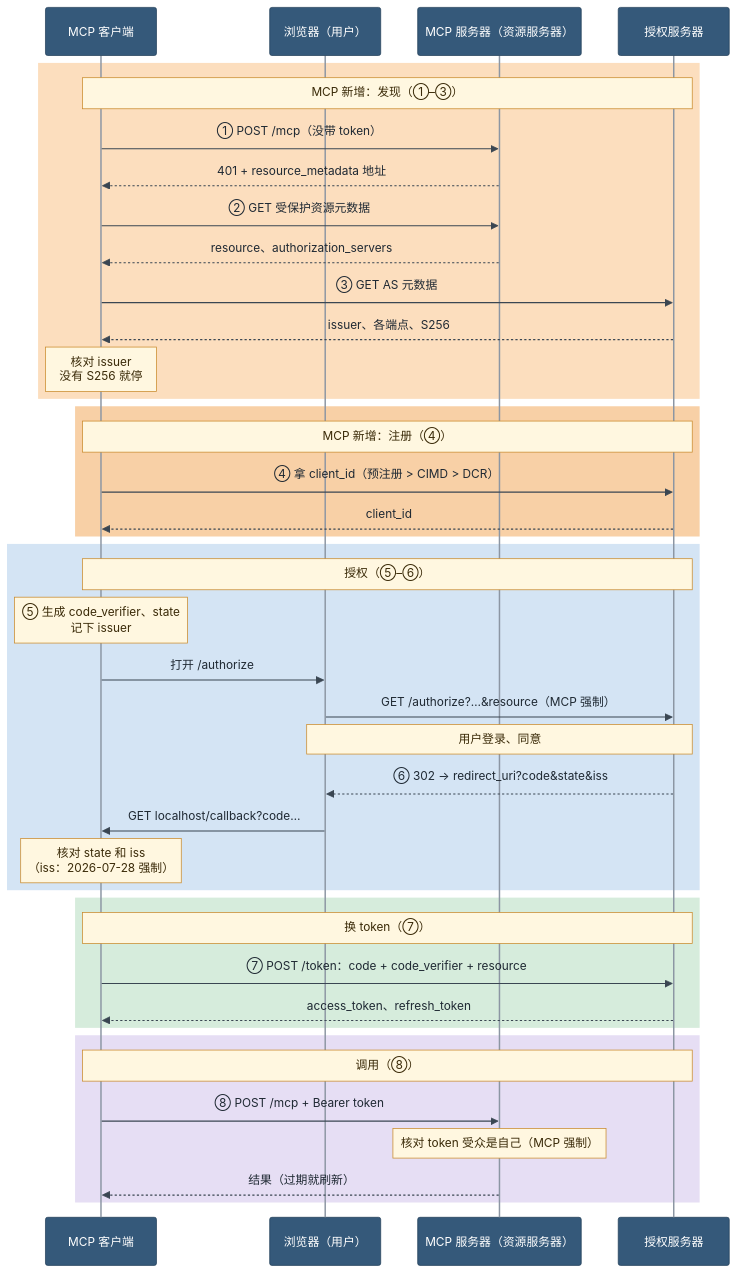
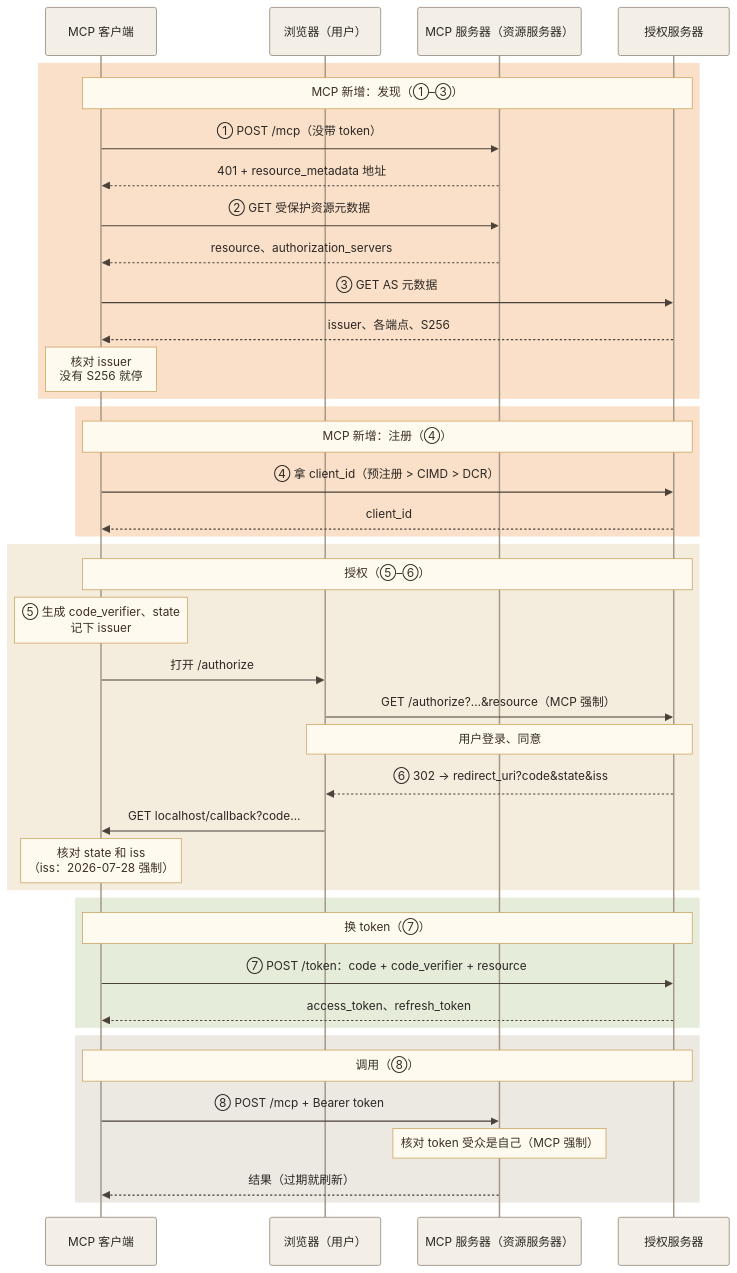
Before and after one commit to PerfectPan/wiki: the diagram in wiki/topics/ai/mcp-authorization.md, drawn with Mermaid.

Commit message:
docs: recolor the MCP OAuth Mermaid diagram with a warm palette
Drop the blue actor boxes and phase backgrounds. Use stone actor boxes,
warm gray lines, cream notes with an amber border, peach for the
MCP-added discovery and registration phases, and light sand, sage and
warm gray for the rest.

````diff
--- a/wiki/topics/ai/mcp-authorization.md
+++ b/wiki/topics/ai/mcp-authorization.md
@@ -88,49 +88,49 @@
 ```mermaid
-%%{init: {"theme":"base","themeVariables":{"fontSize":"15px","actorBkg":"#35597a","actorBorder":"#24405a","actorTextColor":"#ffffff","actorLineColor":"#8c96a3","signalColor":"#3a4652","signalTextColor":"#1f2933","noteBkgColor":"#fff7e0","noteBorderColor":"#c98a2b","noteTextColor":"#3a2a08","labelBoxBkgColor":"#35597a","labelTextColor":"#ffffff","loopTextColor":"#1f2933"}}}%%
+%%{init: {"theme":"base","themeVariables":{"fontSize":"15px","actorBkg":"#f3efe7","actorBorder":"#8a7f72","actorTextColor":"#2b2724","actorLineColor":"#a39888","signalColor":"#4a423a","signalTextColor":"#2b2724","noteBkgColor":"#fffaf0","noteBorderColor":"#c9a15a","noteTextColor":"#3a2f22","labelBoxBkgColor":"#f3efe7","labelBoxBorderColor":"#8a7f72","labelTextColor":"#2b2724","loopTextColor":"#2b2724"}}}%%
 sequenceDiagram
     participant C as MCP 客户端
     participant B as 浏览器（用户）
     participant M as MCP 服务器（资源服务器）
     participant A as 授权服务器
 
-    rect rgb(252, 222, 190)
+    rect rgb(250, 224, 200)
     Note over C,A: MCP 新增：发现（①–③）
     C->>M: ① POST /mcp（没带 token）
     M-->>C: 401 + resource_metadata 地址
     C->>M: ② GET 受保护资源元数据
     M-->>C: resource、authorization_servers
     C->>A: ③ GET AS 元数据
     A-->>C: issuer、各端点、S256
     Note over C: 核对 issuer<br/>没有 S256 就停
     end
 
-    rect rgb(248, 208, 166)
+    rect rgb(250, 224, 200)
     Note over C,A: MCP 新增：注册（④）
     C->>A: ④ 拿 client_id（预注册 > CIMD > DCR）
     A-->>C: client_id
     end
 
-    rect rgb(212, 228, 244)
+    rect rgb(244, 236, 220)
     Note over C,A: 授权（⑤–⑥）
     Note over C: ⑤ 生成 code_verifier、state<br/>记下 issuer
     C->>B: 打开 /authorize
     B->>A: GET /authorize?…&resource（MCP 强制）
     Note over B,A: 用户登录、同意
     A-->>B: ⑥ 302 → redirect_uri?code&state&iss
     B->>C: GET localhost/callback?code…
     Note over C: 核对 state 和 iss<br/>（iss：2026-07-28 强制）
     end
 
-    rect rgb(214, 236, 220)
+    rect rgb(230, 236, 218)
     Note over C,A: 换 token（⑦）
     C->>A: ⑦ POST /token：code + code_verifier + resource
     A-->>C: access_token、refresh_token
     end
 
-    rect rgb(230, 222, 244)
+    rect rgb(236, 232, 226)
     Note over C,A: 调用（⑧）
     C->>M: ⑧ POST /mcp + Bearer token
     Note over M: 核对 token 受众是自己（MCP 强制）
     M-->>C: 结果（过期就刷新）
     end
 ```
````
